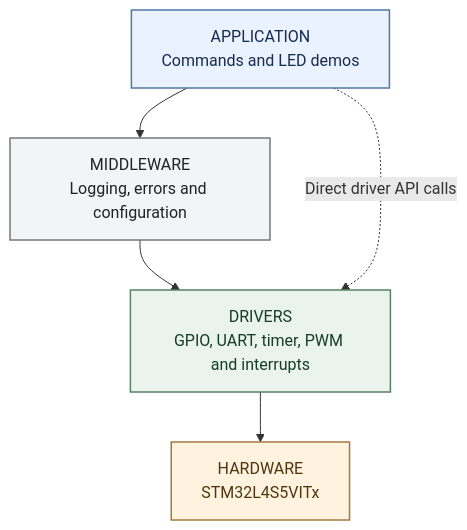
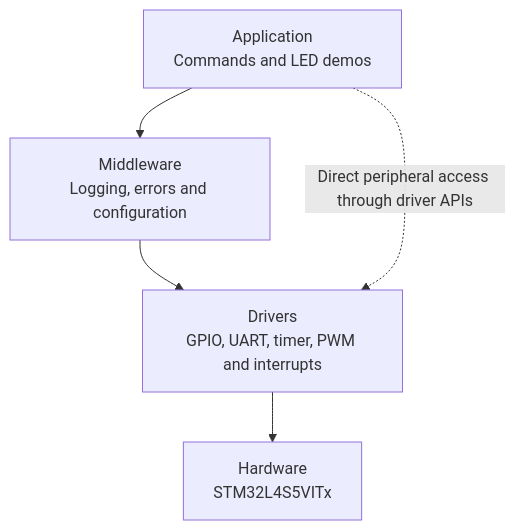
One commit to SushantCore/Embedded_Control_Platform changed the diagram in README.md. Above: the diagram before and after it, drawn with Mermaid.

````diff
--- a/README.md
+++ b/README.md
@@ -23,17 +23,12 @@
 ```mermaid
 flowchart TD
-    A["APPLICATION<br/>Commands and LED demos"]
-    B["MIDDLEWARE<br/>Logging, errors and configuration"]
-    C["DRIVERS<br/>GPIO, UART, timer, PWM and interrupts"]
-    D["HARDWARE<br/>STM32L4S5VITx"]
+    A["Application<br/>Commands and LED demos"]
+    B["Middleware<br/>Logging, errors and configuration"]
+    C["Drivers<br/>GPIO, UART, timer, PWM and interrupts"]
+    D["Hardware<br/>STM32L4S5VITx"]
 
     A --> B
     B --> C
     C --> D
-    A -. "Direct driver API calls" .-> C
-
-    style A fill:#eaf2ff,stroke:#5278a5,color:#172b4d,stroke-width:1.5px
-    style B fill:#f3f4f6,stroke:#777777,color:#222222,stroke-width:1.5px
-    style C fill:#eaf4ec,stroke:#578064,color:#173d25,stroke-width:1.5px
-    style D fill:#fff2df,stroke:#a47a3c,color:#4d3710,stroke-width:1.5px
+    A -. "Direct peripheral access through driver APIs" .-> C
 ```
````
